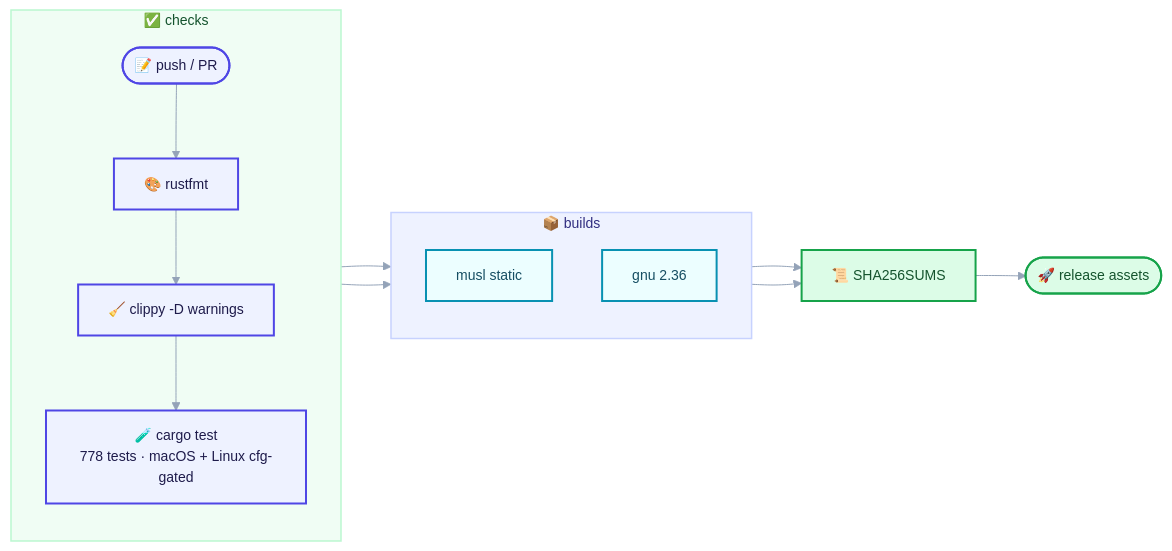
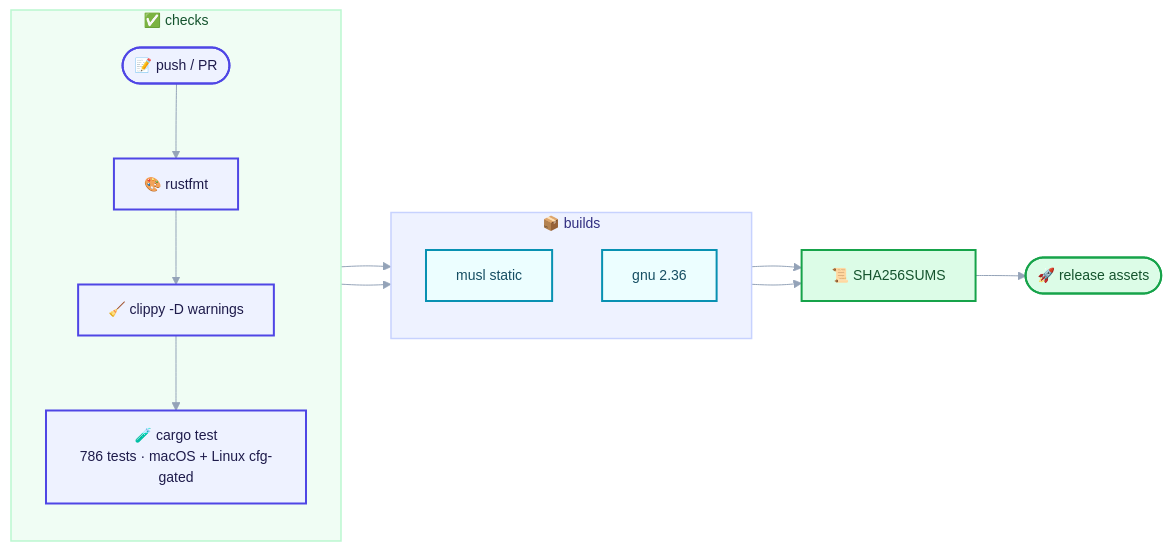
Before and after one commit to Terutoki/MyQUIC2: diagram 31 of 31 in README.md, drawn with Mermaid. The commit also changed other lines of this file and 8 other files, not shown here.

````diff
--- a/README.md
+++ b/README.md
@@ -2203,30 +2213,30 @@
 ```mermaid
 %%{init: {"theme":"base","themeVariables":{"fontSize":"14px","lineColor":"#94a3b8","textColor":"#0f172a","edgeLabelBackground":"#f8fafc"}}}%%
 flowchart LR
     accTitle: Continuous integration and release pipeline
     accDescr: Formatting, Clippy, and the full test suite gate two static builds, whose artifacts are hashed and published as release assets.
     subgraph CHECK["✅ checks"]
         direction TB
         C(["📝 push / PR"]) --> F["🎨 rustfmt"]
         F --> L["🧹 clippy -D warnings"]
-        L --> T["🧪 cargo test<br/>778 tests · macOS + Linux cfg-gated"]
+        L --> T["🧪 cargo test<br/>786 tests · macOS + Linux cfg-gated"]
     end
     subgraph BUILD["📦 builds"]
         direction TB
         M["musl static"]
         G["gnu 2.36"]
     end
     T --> M
     T --> G
     M --> A["📜 SHA256SUMS"]
     G --> A
     A --> R(["🚀 release assets"])
     classDef tunnel fill:#eef2ff,stroke:#4f46e5,stroke-width:2px,color:#1e1b4b
     classDef wire fill:#ecfeff,stroke:#0891b2,stroke-width:2px,color:#164e63
     classDef edge fill:#dcfce7,stroke:#16a34a,stroke-width:2px,color:#14532d
     class C,F,L,T tunnel
     class M,G wire
     class A,R edge
     style CHECK fill:#f0fdf4,stroke:#bbf7d0,stroke-width:1.5px,color:#14532d
     style BUILD fill:#eef2ff,stroke:#c7d2fe,stroke-width:1.5px,color:#312e81
 ```
````
